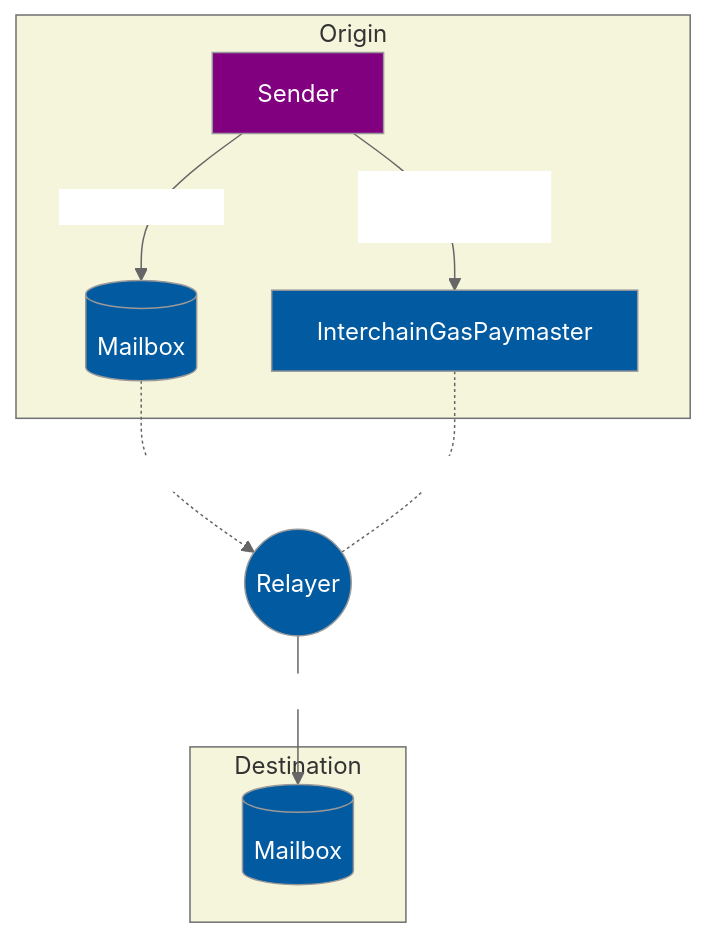
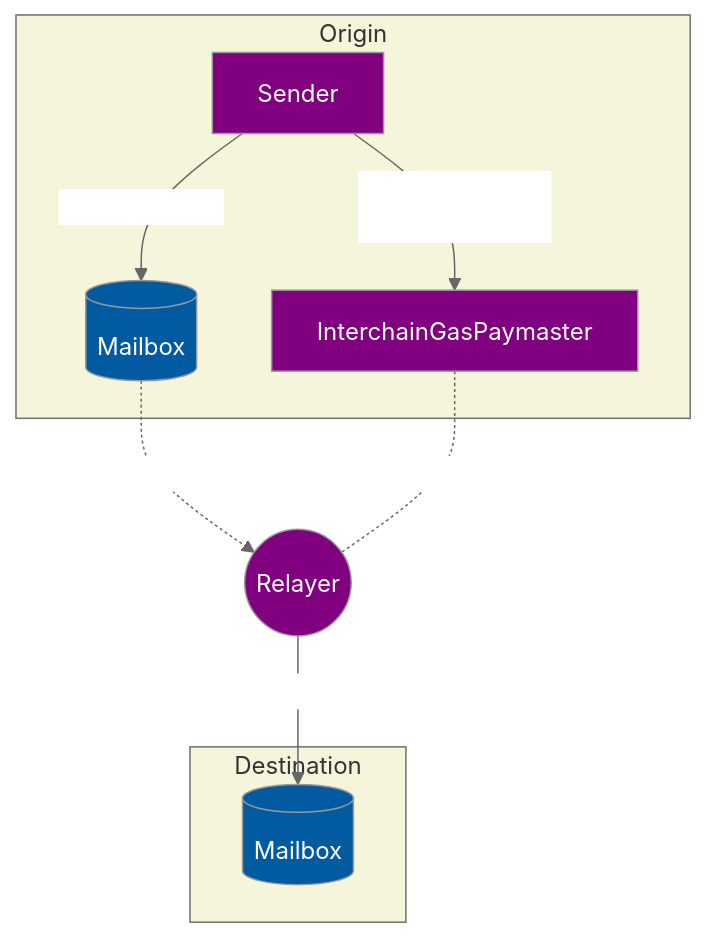
The diagram in diagrams/interchain-gas.md (hyperlane-xyz/v2-docs), drawn with Mermaid before and after one commit. The commit also changed 1 other file, not shown here.

Commit message:
Updates to diagrams

````diff
--- a/diagrams/interchain-gas.md
+++ b/diagrams/interchain-gas.md
@@ -1,33 +1,37 @@
 ```mermaid
 %%{ init: {
   "theme": "neutral",
   "themeVariables": {
     "mainBkg": "#025AA1",
     "textColor": "white",
     "clusterBkg": "beige"
   },
   "themeCSS": ".edgeLabel { color: black }"
 }}%%
 
 flowchart TB
     subgraph Origin
       Sender
-      style Sender fill:purple
       M_O[(Mailbox)]
       IGP[InterchainGasPaymaster]
-      click IGP https://github.com/hyperlane-xyz/hyperlane-monorepo/blob/main/solidity/contracts/igps/InterchainGasPaymaster.sol
       Sender -- "id = dispatch()" --> M_O
       Sender -- "payForGas(id)\n{value: payment}" --> IGP
     end
 
     Relayer((Relayer))
 
     M_O -. "indexing" .-> Relayer
     IGP -. "paymaster" .- Relayer
 
     subgraph Destination
       M_D[(Mailbox)]
     end
 
     Relayer -- "process()" --> M_D
+
+    style Sender fill:purple
+    style Relayer fill:purple
+    style IGP fill:purple
+
+    click IGP https://github.com/hyperlane-xyz/hyperlane-monorepo/blob/main/solidity/contracts/igps/InterchainGasPaymaster.sol
 ```
````
